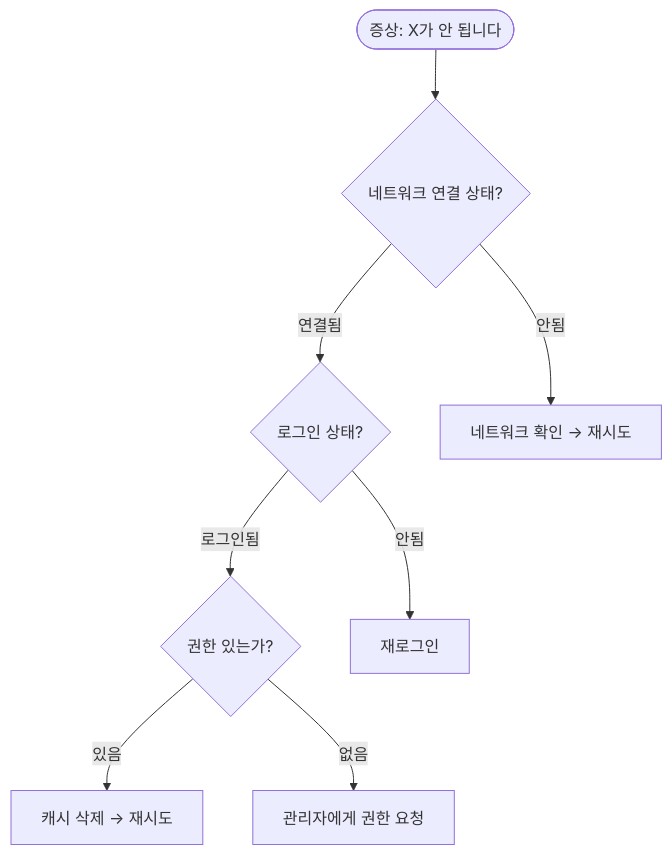
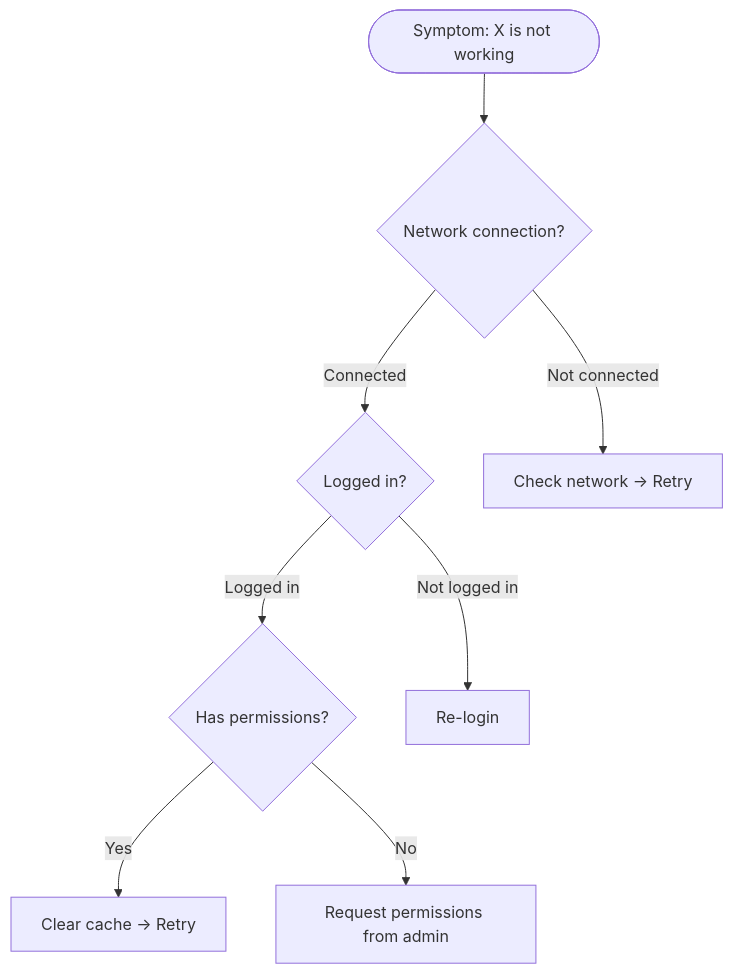
One commit to chodolmu/taskforge-pro changed the diagram in harnesses/operations/operations-manual/skills/knowledge-base-design/skill.md. Above: the diagram before and after it, drawn with Mermaid. The commit also changed other lines of this file and 952 other files, not shown here.

````diff
--- a/harnesses/operations/operations-manual/skills/knowledge-base-design/skill.md
+++ b/harnesses/operations/operations-manual/skills/knowledge-base-design/skill.md
@@ -59,10 +59,10 @@
 ```mermaid
 flowchart TD
-    S([증상: X가 안 됩니다]) --> Q1{네트워크 연결 상태?}
-    Q1 -->|연결됨| Q2{로그인 상태?}
-    Q1 -->|안됨| FIX1[네트워크 확인 → 재시도]
-    Q2 -->|로그인됨| Q3{권한 있는가?}
-    Q2 -->|안됨| FIX2[재로그인]
-    Q3 -->|있음| FIX3[캐시 삭제 → 재시도]
-    Q3 -->|없음| FIX4[관리자에게 권한 요청]
+    S([Symptom: X is not working]) --> Q1{Network connection?}
+    Q1 -->|Connected| Q2{Logged in?}
+    Q1 -->|Not connected| FIX1[Check network → Retry]
+    Q2 -->|Logged in| Q3{Has permissions?}
+    Q2 -->|Not logged in| FIX2[Re-login]
+    Q3 -->|Yes| FIX3[Clear cache → Retry]
+    Q3 -->|No| FIX4[Request permissions from admin]
 ```
````
